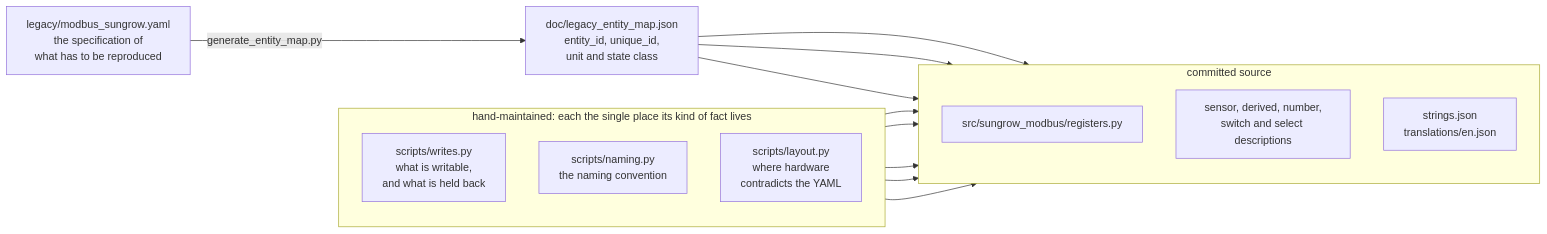
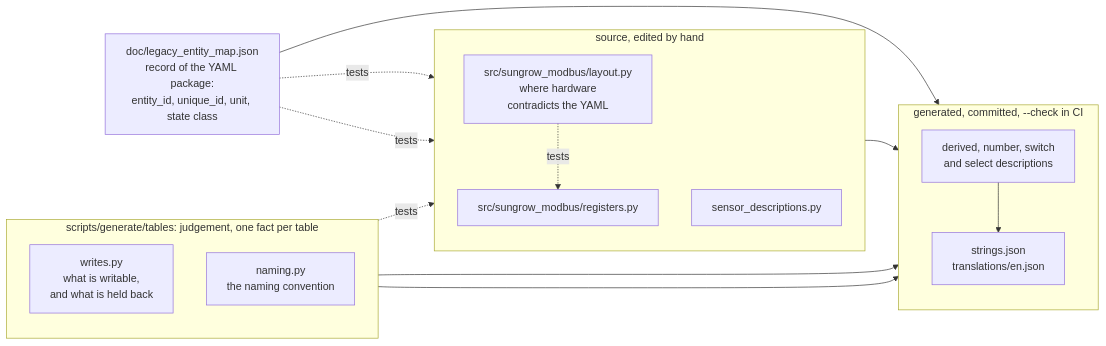
Before and after one commit to mkaiser/Sungrow-SHx-Inverter-Modbus-Home-Assistant: the second of 2 diagrams in doc/architecture.md, drawn with Mermaid. The commit also changed other lines of this file and 175 other files, not shown here.

````diff
--- a/doc/architecture.md
+++ b/doc/architecture.md
@@ -127,29 +128,33 @@
 ```mermaid
 flowchart LR
-    yaml["legacy/modbus_sungrow.yaml<br/>the specification of<br/>what has to be reproduced"]
-    map["doc/legacy_entity_map.json<br/>entity_id, unique_id,<br/>unit and state class"]
+    map["doc/legacy_entity_map.json<br/>record of the YAML package:<br/>entity_id, unique_id, unit, state class"]
 
-    subgraph hand["hand-maintained: each the single place its kind of fact lives"]
+    subgraph tables["scripts/generate/tables: judgement, one fact per table"]
         direction TB
-        writes["scripts/writes.py<br/>what is writable,<br/>and what is held back"]
-        naming["scripts/naming.py<br/>the naming convention"]
-        layout["scripts/layout.py<br/>where hardware<br/>contradicts the YAML"]
+        writes["writes.py<br/>what is writable,<br/>and what is held back"]
+        naming["naming.py<br/>the naming convention"]
     end
 
-    subgraph generated["committed source"]
+    subgraph source["source, edited by hand"]
         direction TB
         regs["src/sungrow_modbus/registers.py"]
-        descs["sensor, derived, number,<br/>switch and select descriptions"]
+        layout["src/sungrow_modbus/layout.py<br/>where hardware<br/>contradicts the YAML"]
+        sensors["sensor_descriptions.py"]
+    end
+
+    subgraph generated["generated, committed, --check in CI"]
+        direction TB
+        descs["derived, number, switch<br/>and select descriptions"]
         strings["strings.json<br/>translations/en.json"]
     end
 
-    yaml -- "generate_entity_map.py" --> map
-    map --> regs
+    map -. "tests" .-> regs
+    map -. "tests" .-> sensors
+    layout -. "tests" .-> regs
+    writes -. "tests" .-> regs
     map --> descs
-    map --> strings
-    writes --> regs
     writes --> descs
     naming --> strings
-    layout --> regs
-    layout --> descs
+    descs --> strings
+    sensors --> strings
 ```
````
